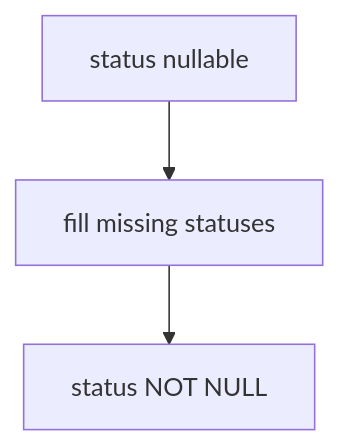
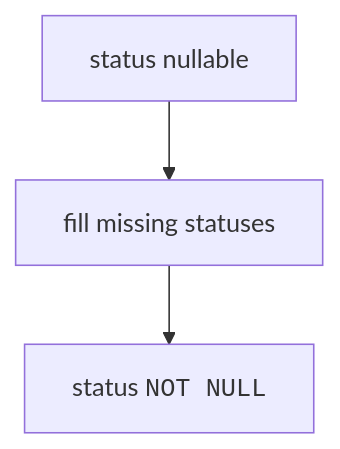
The seventh of 10 diagrams in content/courses/database-design-postgresql/why-schemas-change.mdx (dataslope/dataslope), drawn with Mermaid before and after one commit. The commit also changed 52 other files, not shown here.

First line of the commit message:
Set SQL keywords in mermaid labels as code, and 10 more breakdowns

````diff
--- a/content/courses/database-design-postgresql/why-schemas-change.mdx
+++ b/content/courses/database-design-postgresql/why-schemas-change.mdx
@@ -139,5 +139,5 @@
 ```mermaid
 flowchart TD
     Loose["status nullable"] --> Clean["fill missing statuses"]
-    Clean --> Tight["status NOT NULL"]
+    Clean --> Tight["status <code>NOT NULL</code>"]
 ```
````
